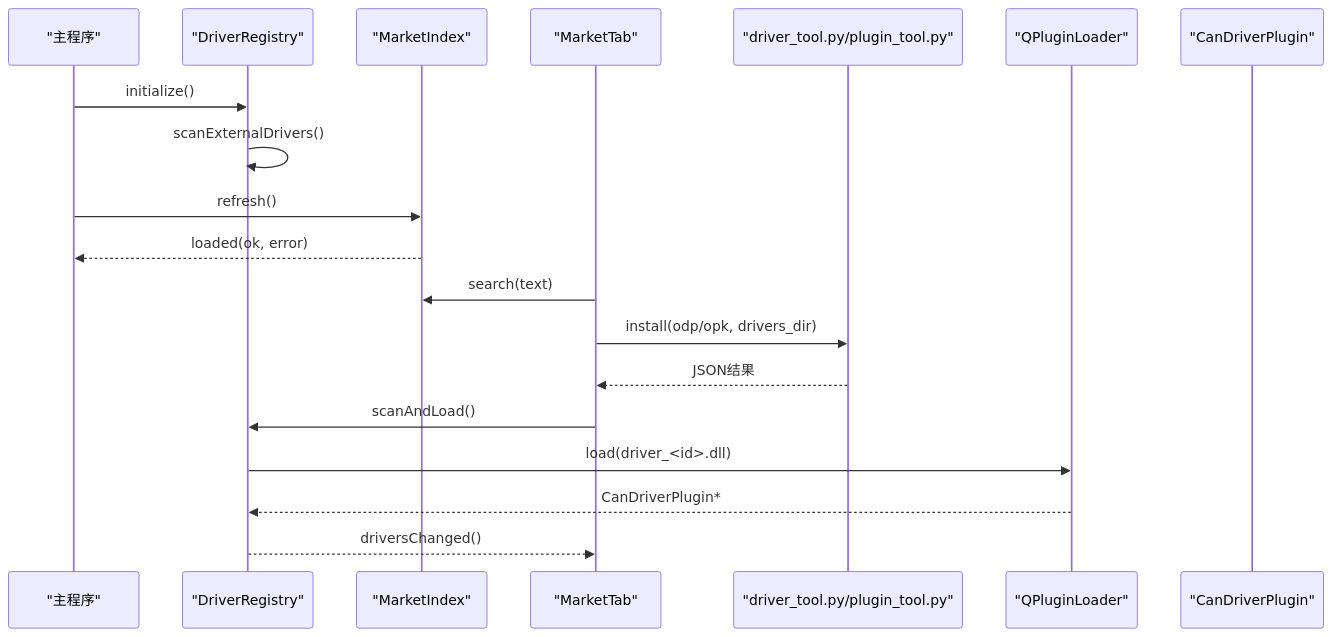
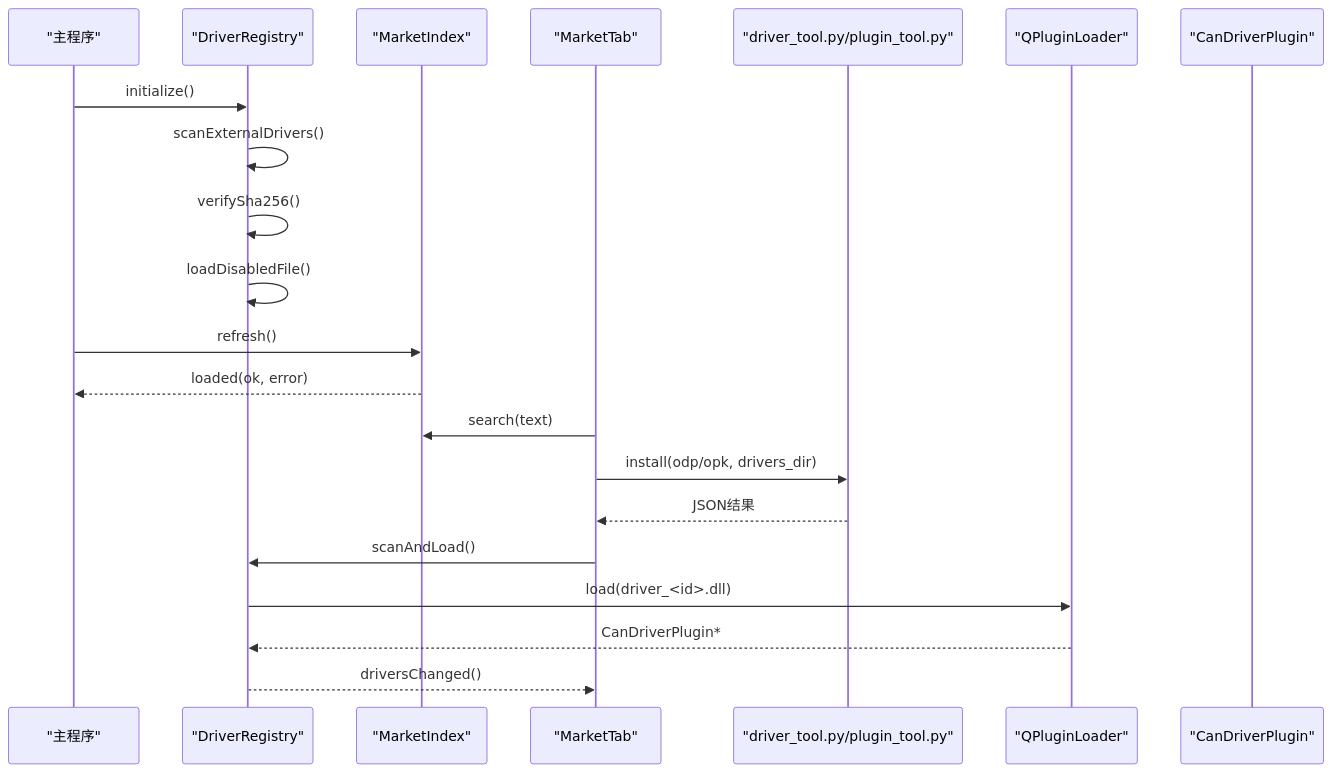
The second of 6 diagrams in .qoder/repowiki/zh/content/架构设计/驱动系统方案.md (jakecai1225-design/OpenBus), drawn with Mermaid before and after one commit. The commit also changed other lines of this file and 151 other files, not shown here.

````diff
--- a/.qoder/repowiki/zh/content/架构设计/驱动系统方案.md
+++ b/.qoder/repowiki/zh/content/架构设计/驱动系统方案.md
@@ -96,21 +97,23 @@
 ```mermaid
 sequenceDiagram
 participant App as "主程序"
 participant Reg as "DriverRegistry"
 participant Index as "MarketIndex"
 participant UI as "MarketTab"
 participant Tool as "driver_tool.py/plugin_tool.py"
 participant Loader as "QPluginLoader"
 participant Plugin as "CanDriverPlugin"
 App->>Reg : initialize()
 Reg->>Reg : scanExternalDrivers()
+Reg->>Reg : verifySha256()
+Reg->>Reg : loadDisabledFile()
 App->>Index : refresh()
 Index-->>App : loaded(ok, error)
 UI->>Index : search(text)
 UI->>Tool : install(odp/opk, drivers_dir)
 Tool-->>UI : JSON结果
 UI->>Reg : scanAndLoad()
 Reg->>Loader : load(driver_<id>.dll)
 Loader-->>Reg : CanDriverPlugin*
 Reg-->>UI : driversChanged()
 ```
````
